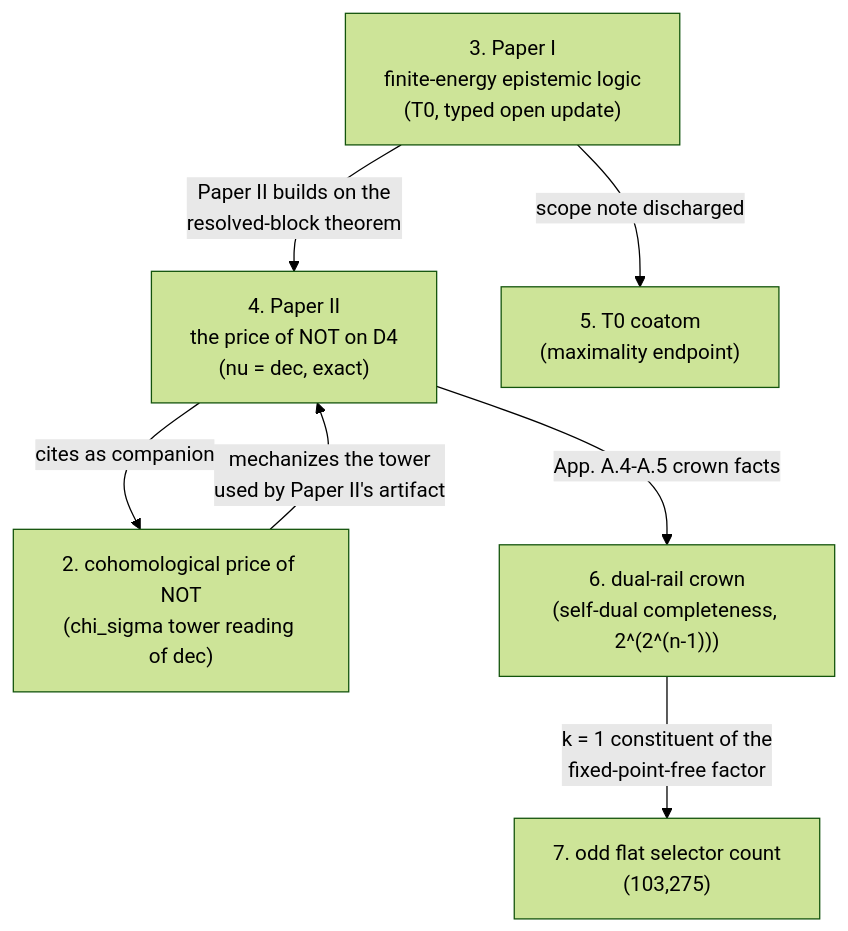
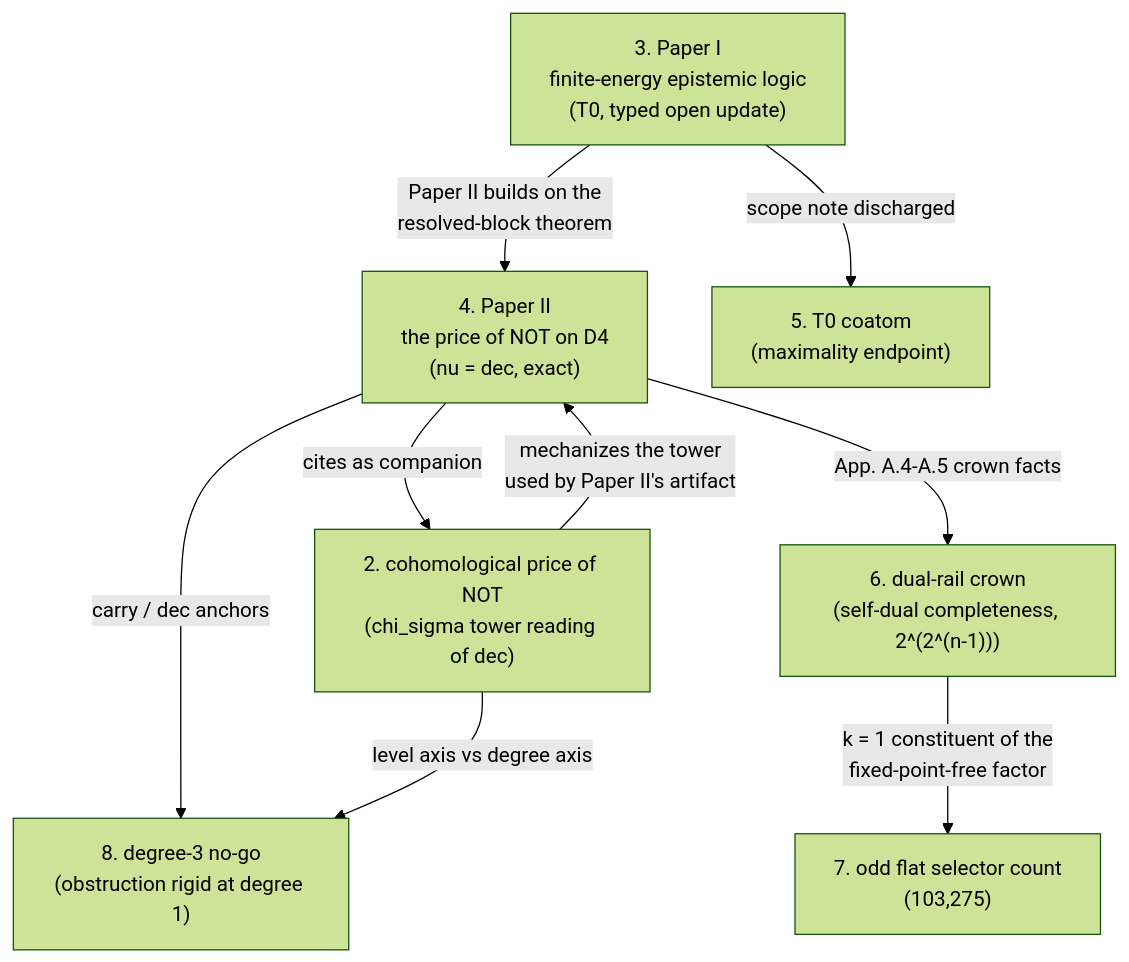
One commit to ycmath/dual-rail-carrier-program changed the diagram in README.md. Above: the diagram before and after it, drawn with Mermaid (forest theme). The commit also changed other lines of this file, not shown here.

Commit message:
Add release 8 (demorgan-degree-three-no-go) to map and DAG

````diff
--- a/README.md
+++ b/README.md
@@ -44,16 +45,19 @@
 ```mermaid
 graph TD
     W1["3. Paper I<br/>finite-energy epistemic logic<br/>(T0, typed open update)"]
     W2["4. Paper II<br/>the price of NOT on D4<br/>(nu = dec, exact)"]
     CN["2. cohomological price of NOT<br/>(chi_sigma tower reading of dec)"]
     CT["5. T0 coatom<br/>(maximality endpoint)"]
     CR["6. dual-rail crown<br/>(self-dual completeness, 2^(2^(n-1)))"]
     OF["7. odd flat selector count<br/>(103,275)"]
+    D3["8. degree-3 no-go<br/>(obstruction rigid at degree 1)"]
 
     W1 -->|"Paper II builds on the<br/>resolved-block theorem"| W2
     W1 -->|"scope note discharged"| CT
     W2 -->|"cites as companion"| CN
     CN -->|"mechanizes the tower<br/>used by Paper II's artifact"| W2
     W2 -->|"App. A.4-A.5 crown facts"| CR
     CR -->|"k = 1 constituent of the<br/>fixed-point-free factor"| OF
+    W2 -->|"carry / dec anchors"| D3
+    CN -->|"level axis vs degree axis"| D3
 ```
````
